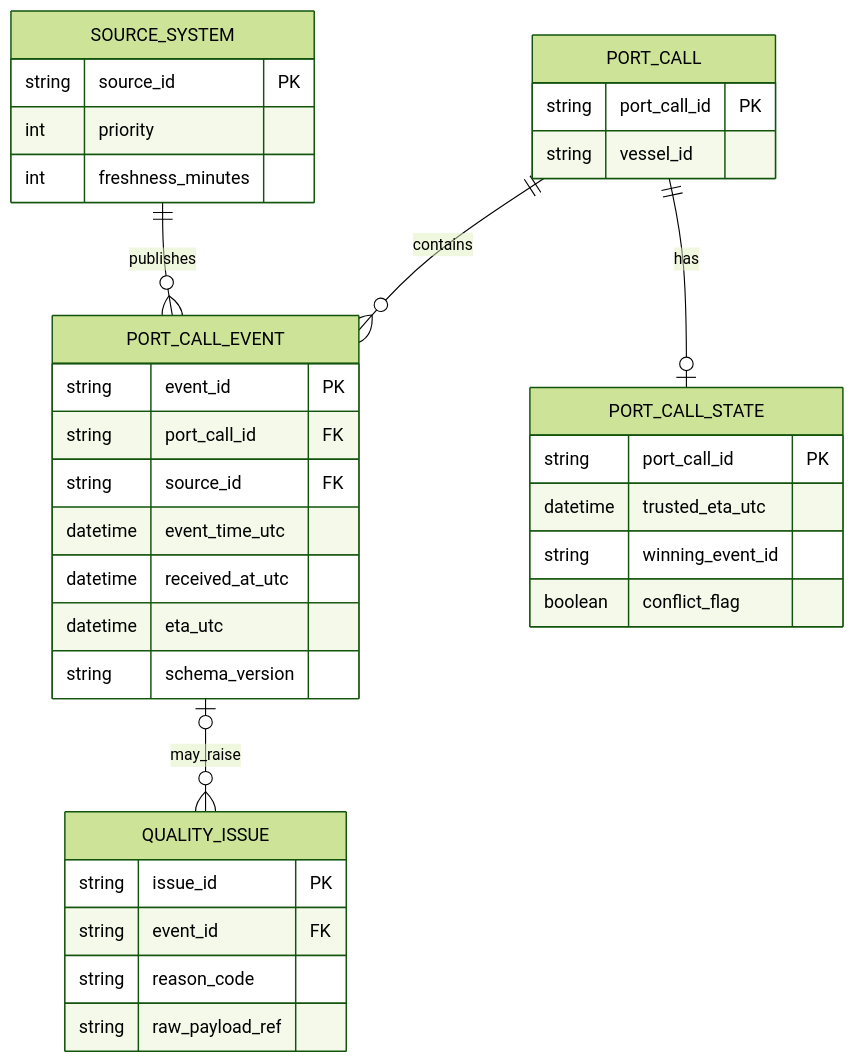
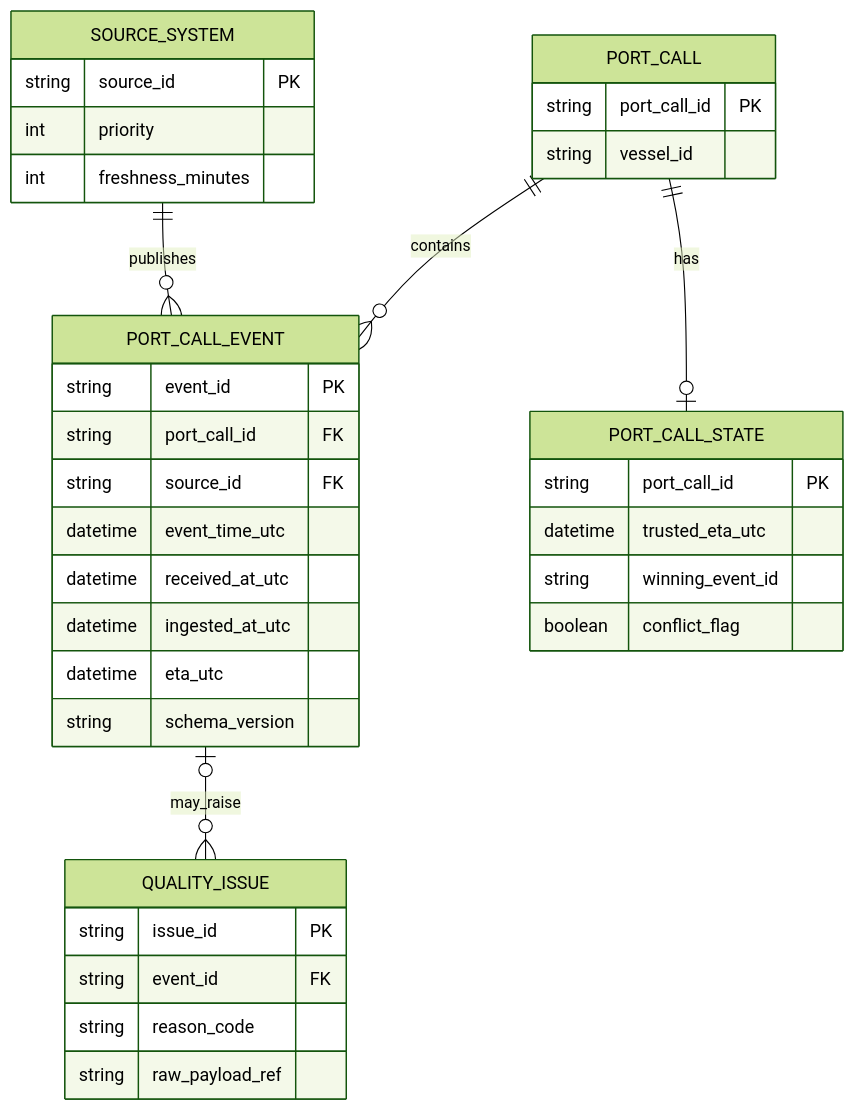
Before and after one commit to aminnkhann/PortPulse: the second of 3 diagrams in README.md, drawn with Mermaid (forest theme). The commit also changed other lines of this file and 8 other files, not shown here.

````diff
--- a/README.md
+++ b/README.md
@@ -71,37 +73,38 @@
 ```mermaid
 erDiagram
     PORT_CALL ||--o{ PORT_CALL_EVENT : contains
     SOURCE_SYSTEM ||--o{ PORT_CALL_EVENT : publishes
     PORT_CALL ||--o| PORT_CALL_STATE : has
     PORT_CALL_EVENT o|--o{ QUALITY_ISSUE : may_raise
     PORT_CALL {
       string port_call_id PK
       string vessel_id
     }
     SOURCE_SYSTEM {
       string source_id PK
       int priority
       int freshness_minutes
     }
     PORT_CALL_EVENT {
       string event_id PK
       string port_call_id FK
       string source_id FK
       datetime event_time_utc
       datetime received_at_utc
+      datetime ingested_at_utc
       datetime eta_utc
       string schema_version
     }
     PORT_CALL_STATE {
       string port_call_id PK
       datetime trusted_eta_utc
       string winning_event_id
       boolean conflict_flag
     }
     QUALITY_ISSUE {
       string issue_id PK
       string event_id FK
       string reason_code
       string raw_payload_ref
     }
 ```
````
